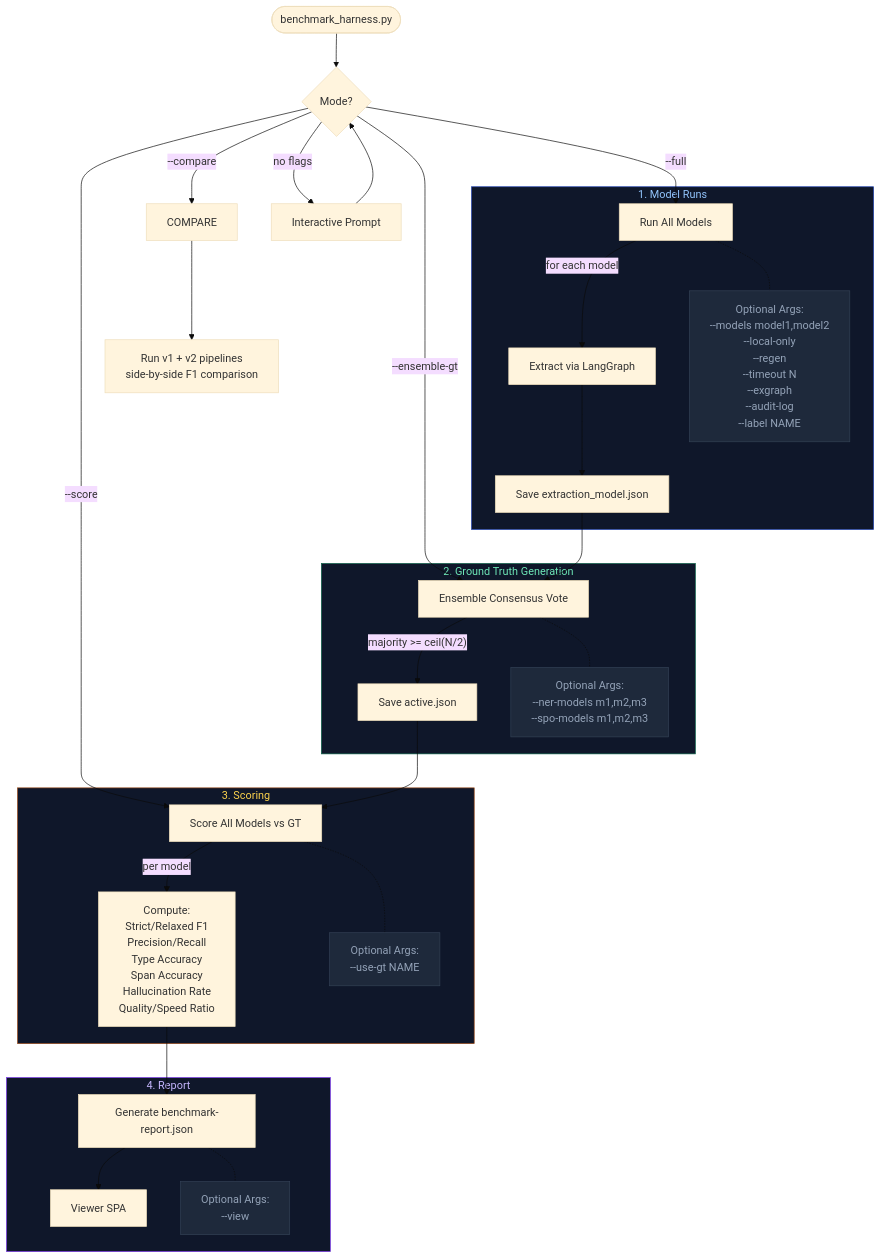
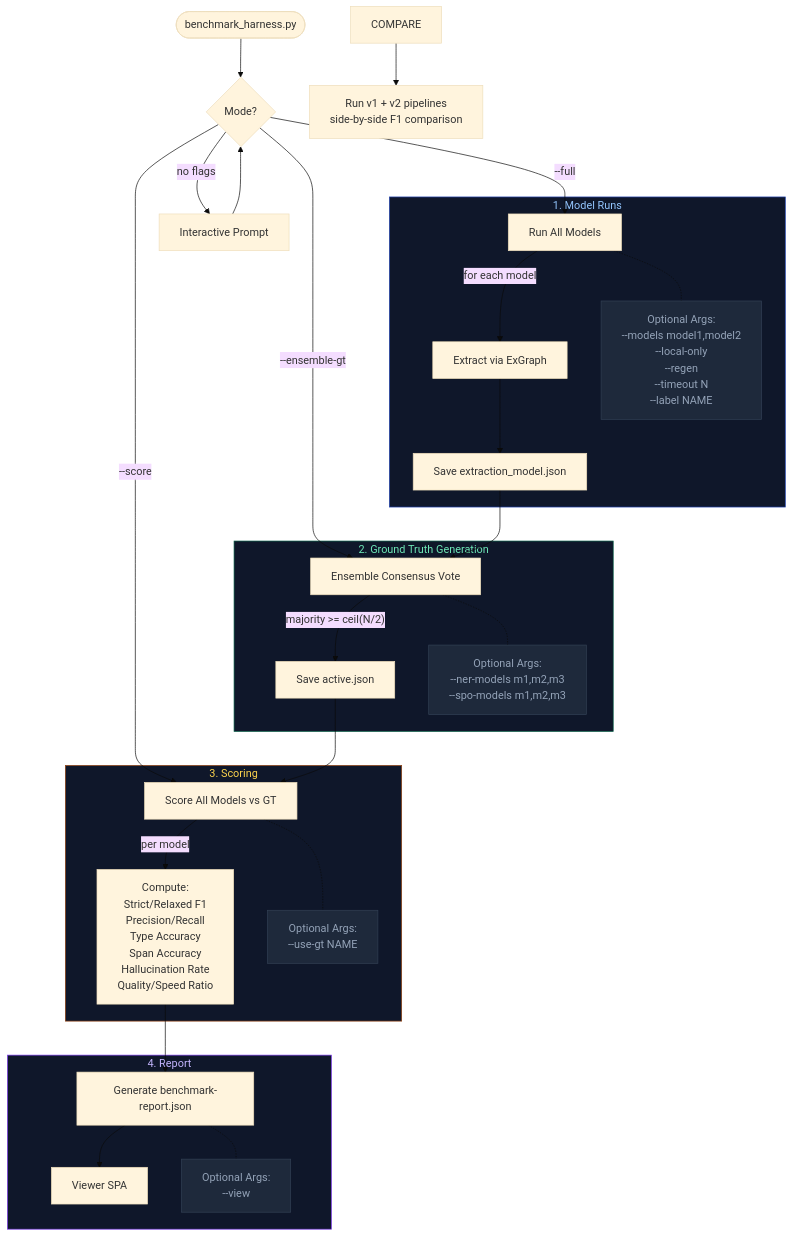
The diagram in BENCHMARK.md (TheBranchDriftCatalyst/catalyst-data), drawn with Mermaid (base theme) before and after one commit. The commit also changed other lines of this file and 5 other files, not shown here.

````diff
--- a/BENCHMARK.md
+++ b/BENCHMARK.md
@@ -35,73 +35,70 @@
 ```mermaid
 flowchart TD
     START([benchmark_harness.py]) --> MODE{Mode?}
 
     MODE -->|--full| RUN
     MODE -->|--ensemble-gt| ENSEMBLE
     MODE -->|--score| SCORE
-    MODE -->|--compare| COMPARE
     MODE -->|no flags| INTERACTIVE[Interactive Prompt]
     INTERACTIVE --> MODE
 
     subgraph RUN_PHASE ["1. Model Runs"]
         RUN[Run All Models]
-        RUN -->|for each model| EXTRACT[Extract via LangGraph]
+        RUN -->|for each model| EXTRACT[Extract via ExGraph]
         EXTRACT --> SAVE_EXT[Save extraction_model.json]
 
         RUN -.- RUN_OPTS
         RUN_OPTS["Optional Args:
         --models model1,model2
         --local-only
         --regen
         --timeout N
-        --exgraph
-        --audit-log
         --label NAME"]
     end
 
     subgraph GT_PHASE ["2. Ground Truth Generation"]
         SAVE_EXT --> ENSEMBLE[Ensemble Consensus Vote]
         ENSEMBLE --> |"majority >= ceil(N/2)"| ACTIVE[Save active.json]
 
         ENSEMBLE -.- GT_OPTS
         GT_OPTS["Optional Args:
         --ner-models m1,m2,m3
         --spo-models m1,m2,m3"]
     end
 
     subgraph SCORE_PHASE ["3. Scoring"]
         ACTIVE --> SCORE[Score All Models vs GT]
         SCORE --> |per model| METRICS["Compute:
         Strict/Relaxed F1
         Precision/Recall
         Type Accuracy
         Span Accuracy
         Hallucination Rate
         Quality/Speed Ratio"]
 
         SCORE -.- SCORE_OPTS
         SCORE_OPTS["Optional Args:
         --use-gt NAME"]
     end
 
     subgraph REPORT_PHASE ["4. Report"]
         METRICS --> REPORT[Generate benchmark-report.json]
         REPORT --> VIEWER[Viewer SPA]
 
         REPORT -.- REPORT_OPTS
         REPORT_OPTS["Optional Args:
         --view"]
     end
 
     COMPARE --> COMP_RUN["Run v1 + v2 pipelines
     side-by-side F1 comparison"]
 
     style RUN_OPTS fill:#1e293b,stroke:#334155,color:#94a3b8
     style GT_OPTS fill:#1e293b,stroke:#334155,color:#94a3b8
     style SCORE_OPTS fill:#1e293b,stroke:#334155,color:#94a3b8
     style REPORT_OPTS fill:#1e293b,stroke:#334155,color:#94a3b8
     style RUN_PHASE fill:#0f172a,stroke:#1e40af,color:#93c5fd
     style GT_PHASE fill:#0f172a,stroke:#065f46,color:#6ee7b7
     style SCORE_PHASE fill:#0f172a,stroke:#92400e,color:#fcd34d
     style REPORT_PHASE fill:#0f172a,stroke:#7c3aed,color:#c4b5fd
 ```
````
